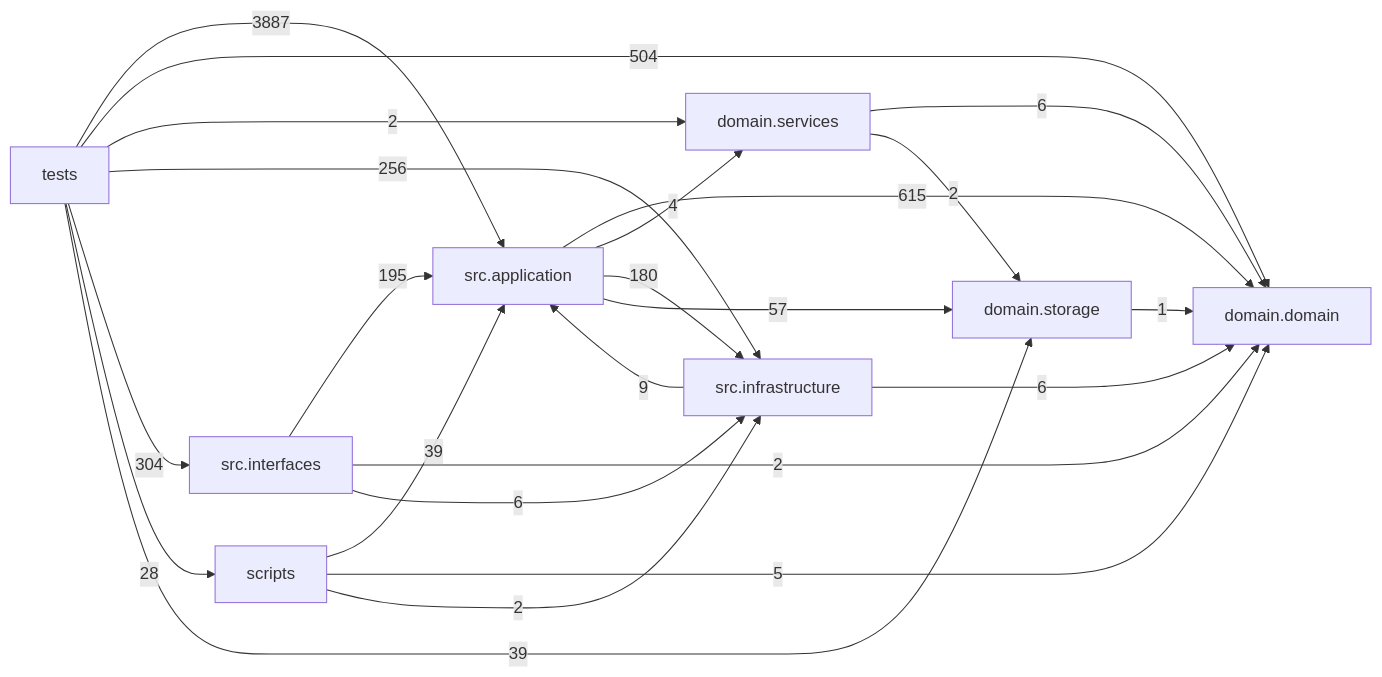
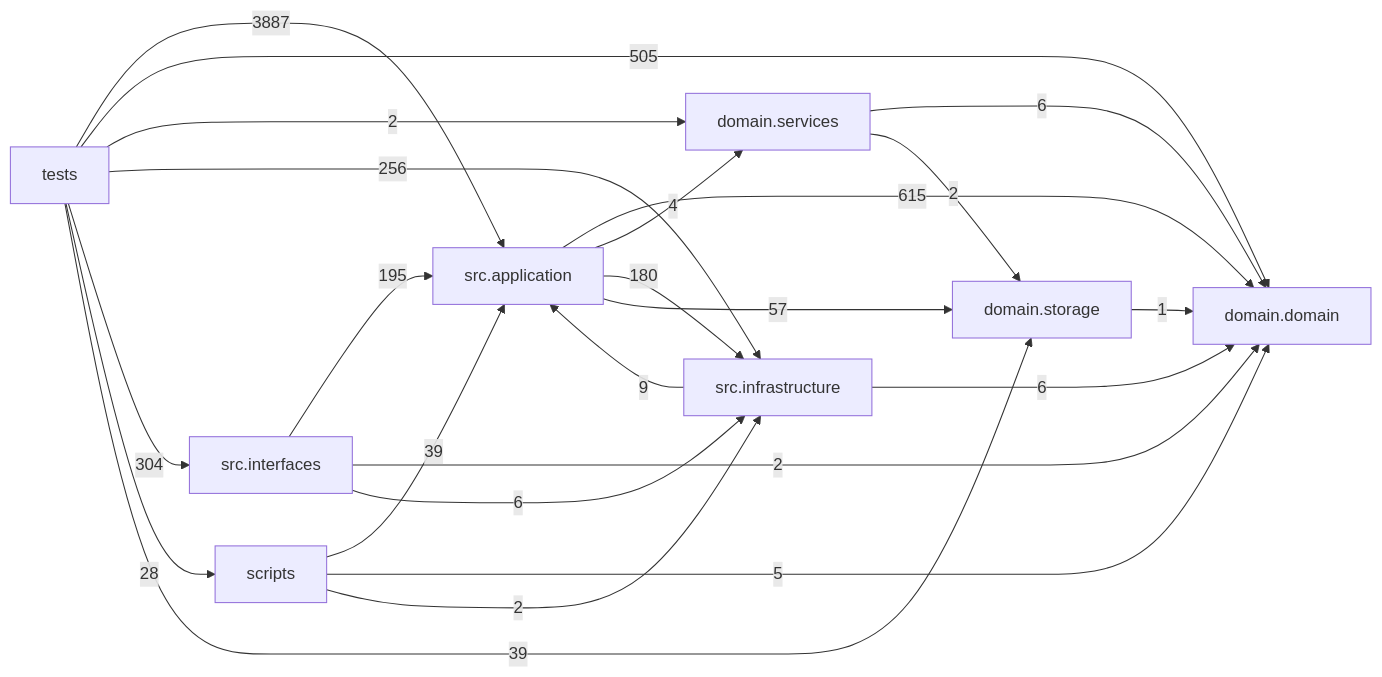
One commit to liuxie066/options-monitor changed the diagram in docs/DEPENDENCY_GRAPH.md. Above: the diagram before and after it, drawn with Mermaid. The commit also changed other lines of this file and 6 other files, not shown here.

````diff
--- a/docs/DEPENDENCY_GRAPH.md
+++ b/docs/DEPENDENCY_GRAPH.md
@@ -24,33 +24,33 @@
 ```mermaid
 flowchart LR
   tests["tests"]
   scripts["scripts"]
   interfaces["src.interfaces"]
   application["src.application"]
   infrastructure["src.infrastructure"]
   domain_services["domain.services"]
   domain["domain.domain"]
   storage["domain.storage"]
   application -->|615| domain
   application -->|4| domain_services
   application -->|180| infrastructure
   application -->|57| storage
   domain_services -->|6| domain
   domain_services -->|2| storage
   infrastructure -->|9| application
   infrastructure -->|6| domain
   interfaces -->|195| application
   interfaces -->|2| domain
   interfaces -->|6| infrastructure
   scripts -->|39| application
   scripts -->|5| domain
   scripts -->|2| infrastructure
   storage -->|1| domain
   tests -->|3887| application
-  tests -->|504| domain
+  tests -->|505| domain
   tests -->|2| domain_services
   tests -->|256| infrastructure
   tests -->|304| interfaces
   tests -->|28| scripts
   tests -->|39| storage
 ```
````
